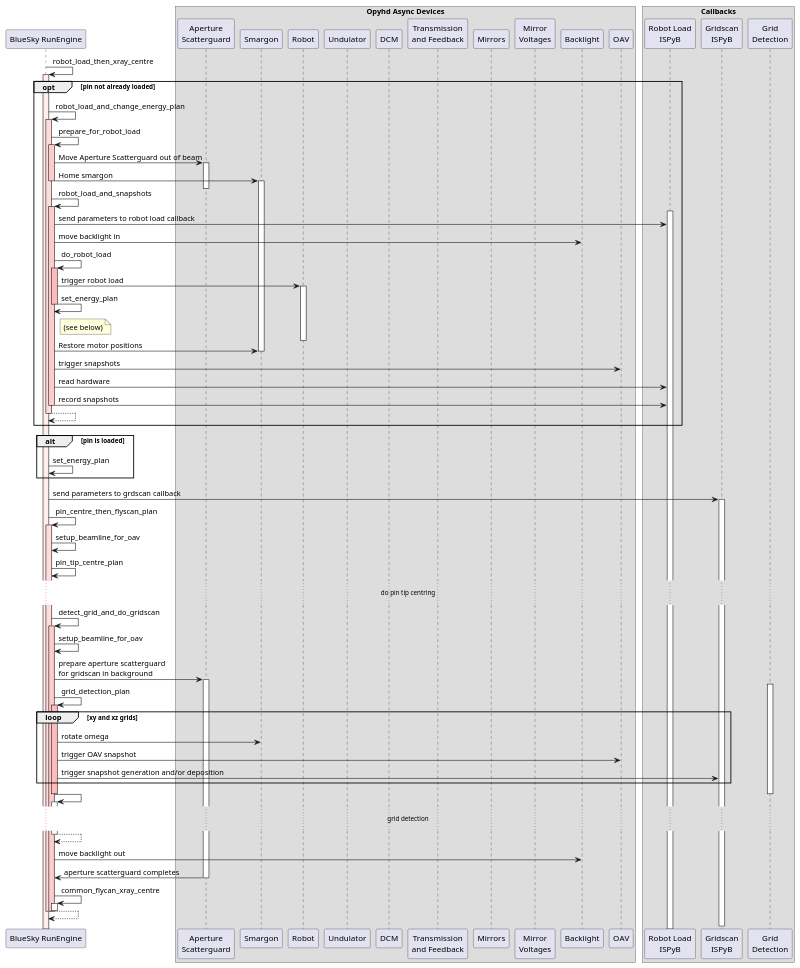
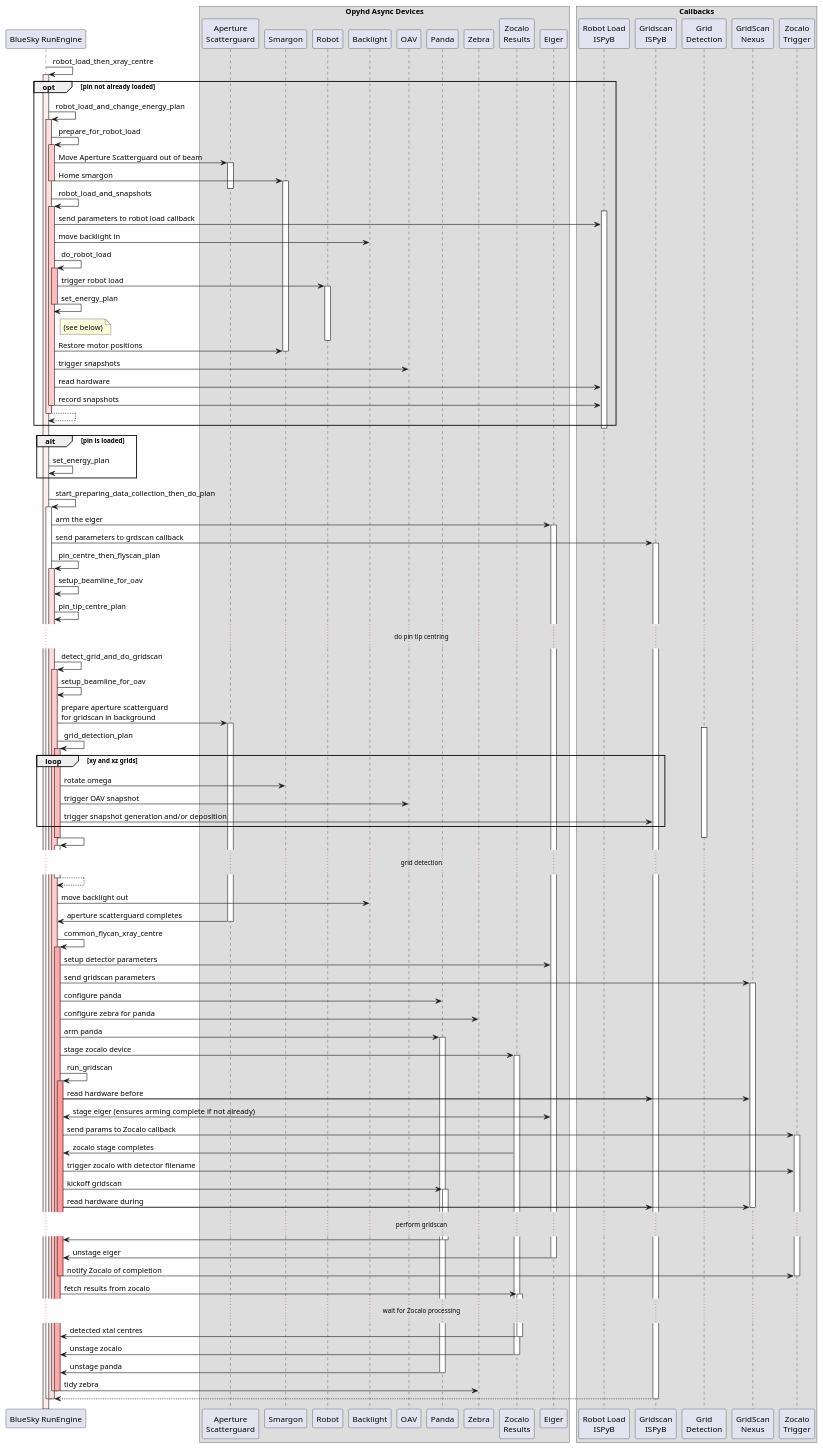
Before and after one commit to DiamondLightSource/mx-bluesky: the diagram in docs/developer/hyperion/reference/concurrent_operations.puml, drawn with PlantUML.

Commit message:
Robot load and gridscan diagram

```diff
--- a/docs/developer/hyperion/reference/concurrent_operations.puml
+++ b/docs/developer/hyperion/reference/concurrent_operations.puml
@@ -1,87 +1,122 @@
 @startuml
 !pragma teoz true
 participant "BlueSky RunEngine" as RE
 box "Opyhd Async Devices"
 participant "Aperture\nScatterguard" as ap_sg
 participant "Smargon" as smargon
 participant "Robot" as robot
-participant "Undulator" as undulator
-participant "DCM" as dcm
-participant "Transmission\nand Feedback" as feedback
-participant "Mirrors" as mirrors
-participant "Mirror\nVoltages" as voltages
 participant "Backlight" as backlight
 participant "OAV" as oav
+participant "Panda" as panda
+participant "Zebra" as zebra
+participant "Zocalo\nResults" as zocalo
+participant "Eiger" as eiger
 end box
 box "Callbacks"
 participant "Robot Load\nISPyB" as RobotLoadISPyB
 participant "Gridscan\nISPyB" as GridscanISPyB
 participant "Grid\nDetection" as GridDetection
+participant "GridScan\nNexus" as GridScanNexus
+participant "Zocalo\nTrigger" as ZocaloCallback
 end box
 
 RE -> RE:robot_load_then_xray_centre
 activate RE #ffeeee
     opt pin not already loaded
         RE -> RE: robot_load_and_change_energy_plan
         activate RE  #ffdddd
             RE -> RE: prepare_for_robot_load
             activate RE  #ffcccc
                 RE -> ap_sg: Move Aperture Scatterguard out of beam
                 activate ap_sg
                     RE -> smargon: Home smargon
                     activate smargon
                 deactivate ap_sg
             deactivate RE /' prepare_for_robot_load '/
             RE -> RE: robot_load_and_snapshots
             activate RE #ffcccc
                 activate RobotLoadISPyB
                 RE -> RobotLoadISPyB: send parameters to robot load callback
                 RE -> backlight: move backlight in
                 RE -> RE: do_robot_load
                 activate RE  #ffbbbb
                     RE -> robot: trigger robot load
                     activate robot
                     RE -> RE: set_energy_plan
                     note right of RE: (see below)
                     deactivate robot
                 deactivate RE /' do_robot_load '/
                 RE -> smargon: Restore motor positions
                 deactivate smargon
                 RE -> oav: trigger snapshots
                 RE -> RobotLoadISPyB: read hardware
                 RE -> RobotLoadISPyB: record snapshots
             deactivate RE /'robot_load_and_snapshots'/
         return /'robot_load_and_change_energy_plan'/
+        deactivate RobotLoadISPyB
     end /'pin not already loaded'/
     alt pin is loaded
         RE -> RE: set_energy_plan
     end /'pin is loaded'/
-    RE -> GridscanISPyB ++ : send parameters to grdscan callback
-        RE -> RE ++ #ffdddd : pin_centre_then_flyscan_plan
-            RE -> RE: setup_beamline_for_oav
-            RE -> RE: pin_tip_centre_plan
-            ...do pin tip centring...
-            RE -> RE ++ #ffcccc: detect_grid_and_do_gridscan
+    RE -> RE++ : start_preparing_data_collection_then_do_plan
+        RE -> eiger ++ : arm the eiger
+        RE -> GridscanISPyB ++ : send parameters to grdscan callback
+            RE -> RE ++ #ffdddd : pin_centre_then_flyscan_plan
                 RE -> RE: setup_beamline_for_oav
-                RE -> ap_sg ++: prepare aperture scatterguard\nfor gridscan in background
-                activate GridDetection
-                    RE -> RE ++ #ffbbbb: grid_detection_plan
-                        loop xy and xz grids
-                            RE -> smargon: rotate omega
-                            RE -> oav: trigger OAV snapshot
-                            RE -> GridscanISPyB: trigger snapshot generation and/or deposition
-                        end
-                    deactivate RE /'grid_detection_plan'/
-                deactivate GridDetection
-                RE -> RE ++
-                ...grid detection...
-                return
-                RE -> backlight: move backlight out 
-                ap_sg -> RE --: aperture scatterguard completes
-                RE -> RE ++ : common_flycan_xray_centre
-            deactivate RE /' detect_grid_and_do_gridscan'/
-        return /' pin_centre_then_flyscan_plan'/
-    deactivate GridscanISPyB
+                RE -> RE: pin_tip_centre_plan
+                ...do pin tip centring...
+                RE -> RE ++ #ffcccc: detect_grid_and_do_gridscan
+                    RE -> RE: setup_beamline_for_oav
+                    RE -> ap_sg ++: prepare aperture scatterguard\nfor gridscan in background
+                    activate GridDetection
+                        RE -> RE ++ #ffbbbb: grid_detection_plan
+                            loop xy and xz grids
+                                RE -> smargon: rotate omega
+                                RE -> oav: trigger OAV snapshot
+                                RE -> GridscanISPyB: trigger snapshot generation and/or deposition
+                            end
+                        deactivate RE /'grid_detection_plan'/
+                    deactivate GridDetection
+                    RE -> RE ++
+                    ...grid detection...
+                    return
+                    RE -> backlight: move backlight out 
+                    ap_sg -> RE --: aperture scatterguard completes
+                    RE -> RE ++ #ffaaaa : common_flycan_xray_centre
+                        RE -> eiger : setup detector parameters
+                        RE -> GridScanNexus++: send gridscan parameters
+                        RE -> panda : configure panda
+                        RE -> zebra : configure zebra for panda
+                        RE -> panda ++ : arm panda
+                        RE -> zocalo ++ : stage zocalo device
+                        RE -> RE ++ #ff9999 : run_gridscan 
+                            RE -> GridscanISPyB : read hardware before
+                            & RE -> GridScanNexus
+                            RE <-> eiger : stage eiger (ensures arming complete if not already)
+                            RE -> ZocaloCallback ++ : send params to Zocalo callback
+                            zocalo -> RE : zocalo stage completes
+                            RE -> ZocaloCallback : trigger zocalo with detector filename
+                            RE -> panda ++ : kickoff gridscan
+                            RE -> GridscanISPyB : read hardware during
+                            & RE -> GridScanNexus
+                            deactivate GridScanNexus
+                            ...perform gridscan...
+                            panda -> RE --
+                            eiger -> RE -- : unstage eiger
+                            RE -> ZocaloCallback : notify Zocalo of completion
+                            deactivate ZocaloCallback
+                        deactivate RE /' run_gridscan '/
+                        RE -> zocalo ++: fetch results from zocalo
+                        ...wait for Zocalo processing...
+                        zocalo -> RE -- : detected xtal centres
+                        zocalo -> RE -- : unstage zocalo
+                        panda -> RE -- : unstage panda
+                        RE -> zebra : tidy zebra
+                    deactivate RE /'common_flyscan_xray_centre'/
+                deactivate RE /' detect_grid_and_do_gridscan'/
+            return /' pin_centre_then_flyscan_plan'/
+        deactivate GridscanISPyB
+    deactivate RE /' start_preparing_data_collection_then_do_plan '/
 deactivate RE /'robot_load_then_xray_centre'/
 
 @enduml
```
